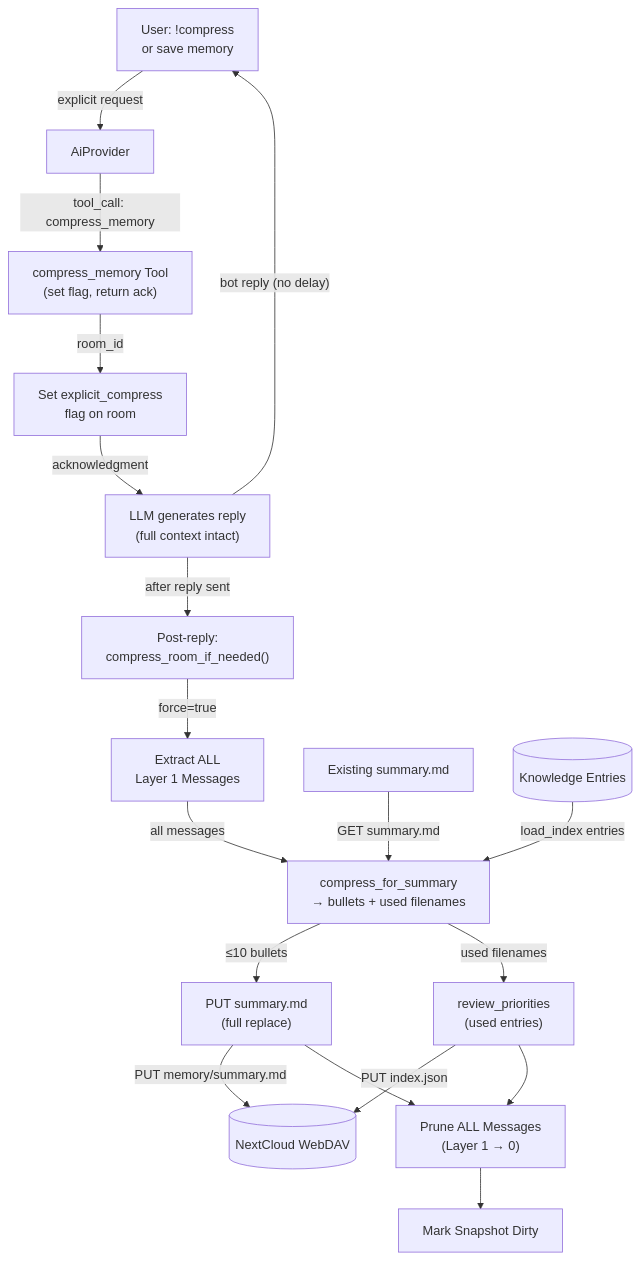
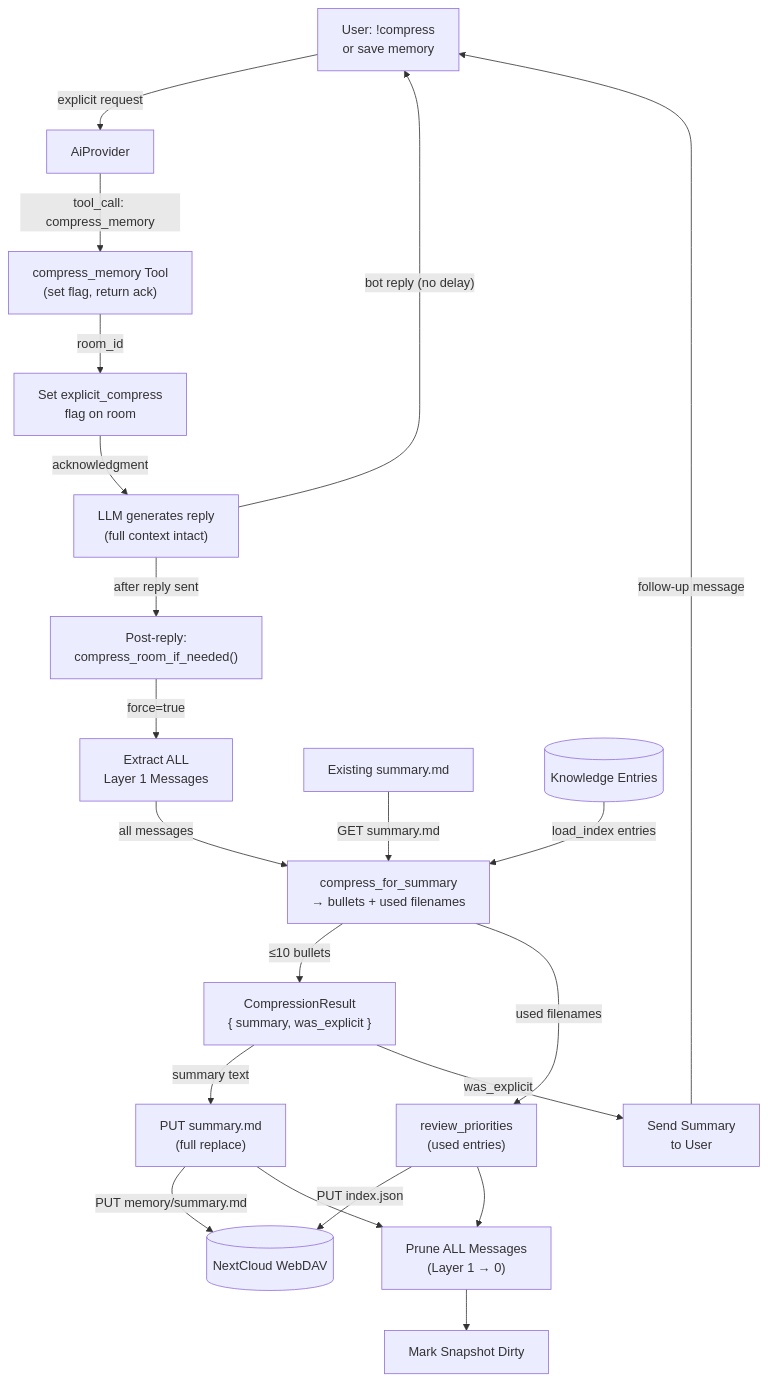
One commit to cosmoswafer/rockbot changed the first of 2 diagrams in _dfd/tools/compress-memory.md. Above: the diagram before and after it, drawn with Mermaid. The commit also changed other lines of this file and 3 other files, not shown here.

Commit message:
fix: send compression summary as follow-up message after explicit compress_memory (closes #50, closes #53)

````diff
--- a/_dfd/tools/compress-memory.md
+++ b/_dfd/tools/compress-memory.md
@@ -39,36 +42,41 @@
 ```mermaid
 flowchart TD
     USER["User: !compress<br/>or save memory"]
     AI[AiProvider]
     TOOL["compress_memory Tool<br/>(set flag, return ack)"]
     SET_FLAG["Set explicit_compress<br/>flag on room"]
     LLM_REPLY["LLM generates reply<br/>(full context intact)"]
     POST["Post-reply:<br/>compress_room_if_needed()"]
     EXTRACT["Extract ALL<br/>Layer 1 Messages"]
     EXISTING[Existing summary.md]
     KNOWLEDGE[(Knowledge Entries)]
     COMPRESS["compress_for_summary<br/>→ bullets + used filenames"]
+    RESULT["CompressionResult<br/>{ summary, was_explicit }"]
     WRITE["PUT summary.md<br/>(full replace)"]
     PRIORITY["review_priorities<br/>(used entries)"]
     PRUNE["Prune ALL Messages<br/>(Layer 1 → 0)"]
     DAV[(NextCloud WebDAV)]
     DIRTY[Mark Snapshot Dirty]
+    SEND["Send Summary<br/>to User"]
 
     USER -->|"explicit request"| AI
     AI -->|"tool_call: compress_memory"| TOOL
     TOOL -->|"room_id"| SET_FLAG
     SET_FLAG -->|"acknowledgment"| LLM_REPLY
     LLM_REPLY -->|"bot reply (no delay)"| USER
     LLM_REPLY -->|"after reply sent"| POST
     POST -->|"force=true"| EXTRACT
     EXTRACT -->|"all messages"| COMPRESS
     EXISTING -->|"GET summary.md"| COMPRESS
     KNOWLEDGE -->|"load_index entries"| COMPRESS
-    COMPRESS -->|"≤10 bullets"| WRITE
+    COMPRESS -->|"≤10 bullets"| RESULT
     COMPRESS -->|"used filenames"| PRIORITY
+    RESULT -->|"summary text"| WRITE
     WRITE -->|"PUT memory/summary.md"| DAV
     PRIORITY -->|"PUT index.json"| DAV
     PRIORITY --> PRUNE
     WRITE --> PRUNE
     PRUNE --> DIRTY
+    RESULT -->|"was_explicit"| SEND
+    SEND -->|"follow-up message"| USER
 ```
````
